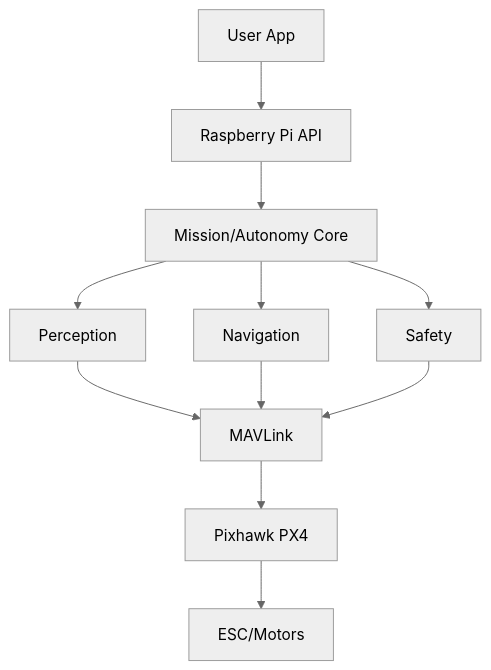
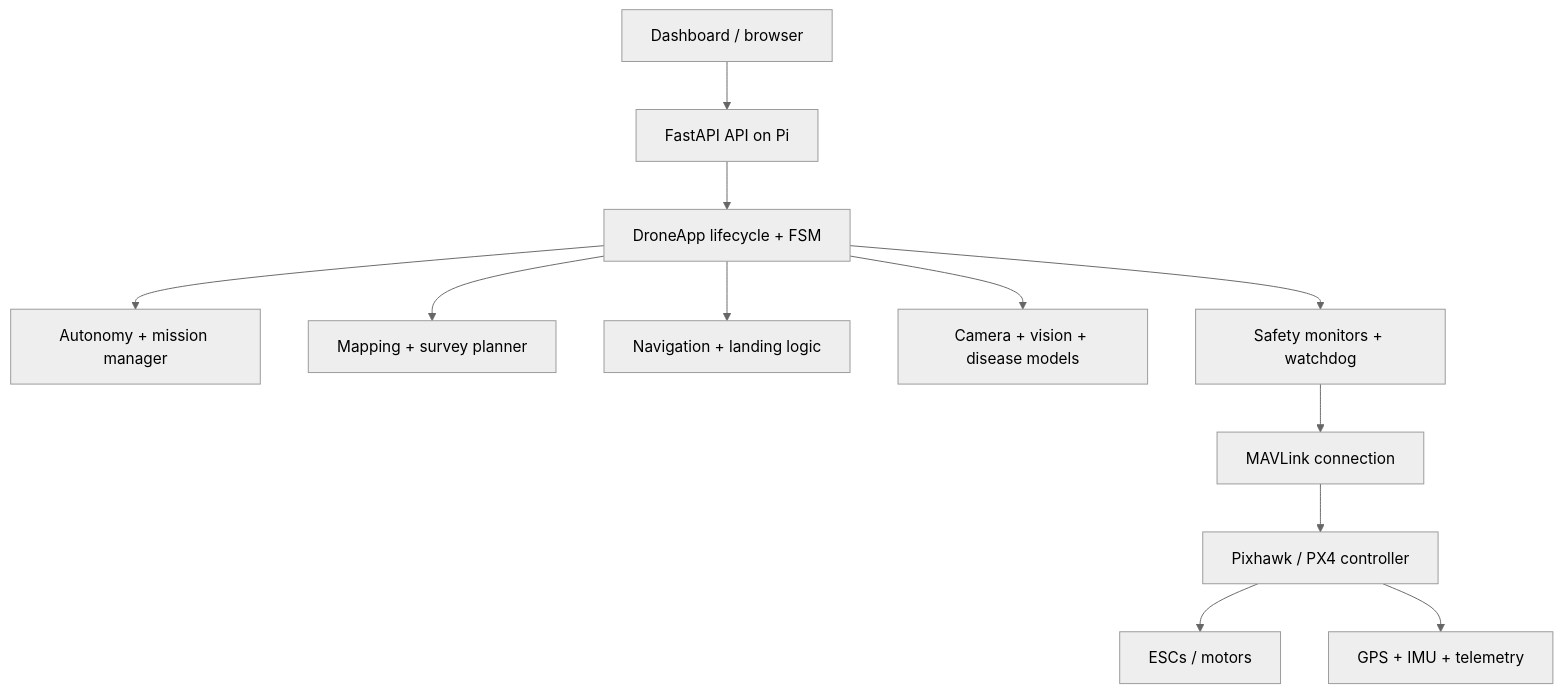
Before and after one commit to prashantmeni/Autonomous_agridrone_drone: the first of 2 diagrams in docs/architecture.md, drawn with Mermaid (neutral theme). The commit also changed other lines of this file and 17 other files, not shown here.

````diff
--- a/docs/architecture.md
+++ b/docs/architecture.md
@@ -2,11 +15,14 @@
 ```mermaid
 flowchart TD
-  UI[User App] --> API[Raspberry Pi API]
-  API --> CORE[Mission/Autonomy Core]
-  CORE --> P[Perception]
-  CORE --> N[Navigation]
-  CORE --> S[Safety]
-  P & N & S --> M[MAVLink]
-  M --> PX[Pixhawk PX4]
-  PX --> ESC[ESC/Motors]
+    UI[Dashboard / browser] --> API[FastAPI API on Pi]
+    API --> APP[DroneApp lifecycle + FSM]
+    APP --> MISSION[Autonomy + mission manager]
+    APP --> MAP[Mapping + survey planner]
+    APP --> NAV[Navigation + landing logic]
+    APP --> PERCEPTION[Camera + vision + disease models]
+    APP --> SAFETY[Safety monitors + watchdog]
+    SAFETY --> MAV[MAVLink connection]
+    MAV --> PX4[Pixhawk / PX4 controller]
+    PX4 --> MOTORS[ESCs / motors]
+    PX4 --> SENSORS[GPS + IMU + telemetry]
 ```
````
